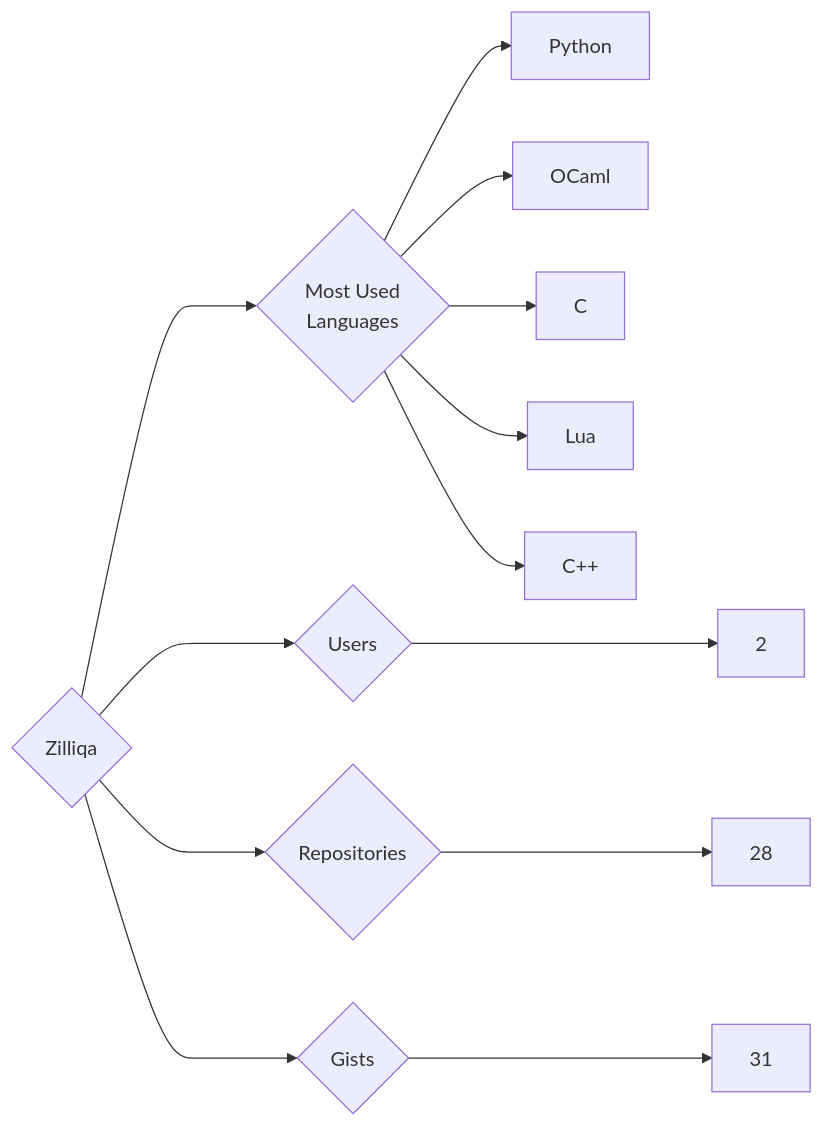
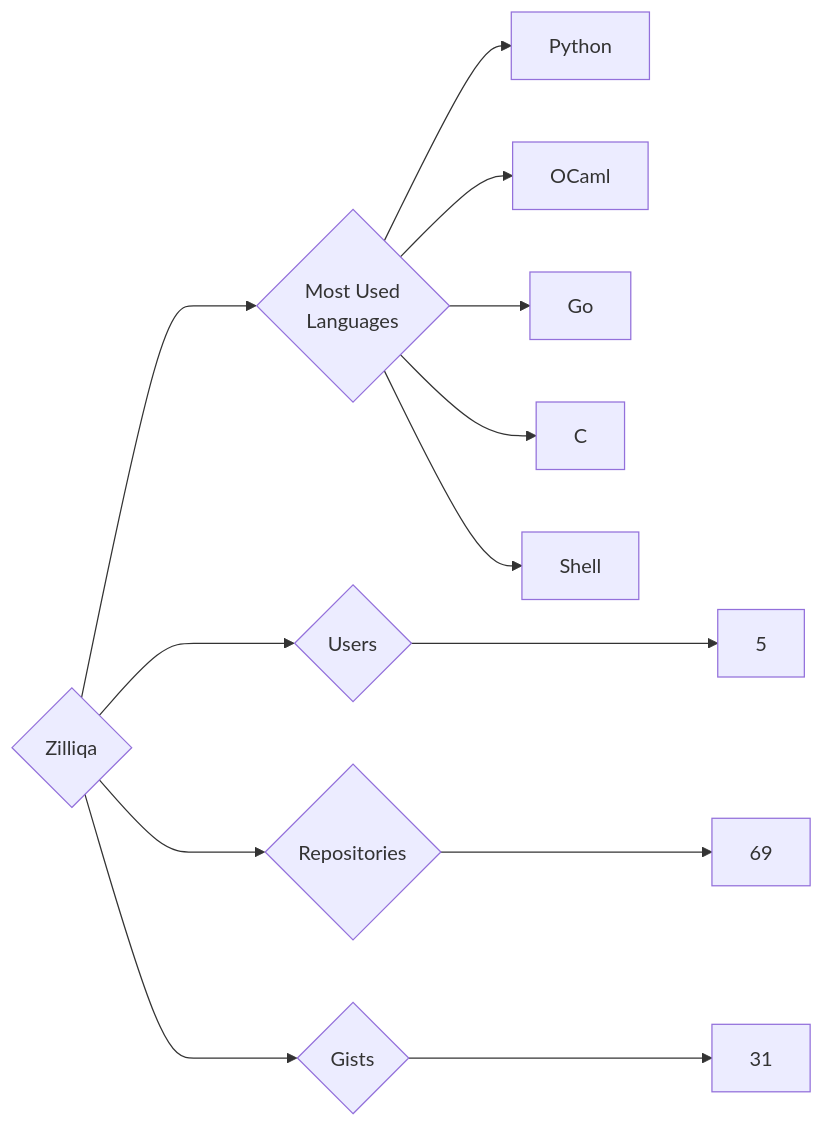
One commit to trickest/insiders changed the diagram in targets/Zilliqa/README.md. Above: the diagram before and after it, drawn with Mermaid. The commit also changed 1696 other files, not shown here.

````diff
--- a/targets/Zilliqa/README.md
+++ b/targets/Zilliqa/README.md
@@ -3,13 +3,13 @@
 ```mermaid
 graph LR
 COMPANY_NAME{Zilliqa}
-COMPANY_NAME ---> U{Users} ---> UN[2]
-COMPANY_NAME ---> R{Repositories} ---> RN[28]
+COMPANY_NAME ---> U{Users} ---> UN[5]
+COMPANY_NAME ---> R{Repositories} ---> RN[69]
 COMPANY_NAME ---> G{Gists} ---> GN[31]
 COMPANY_NAME ---> ML{Most Used<br>Languages}
 ML --> Python[Python]
 ML --> OCaml[OCaml]
+ML --> Go[Go]
 ML --> C[C]
-ML --> Lua[Lua]
-ML --> C++[C++]
+ML --> Shell[Shell]
 ```
````
